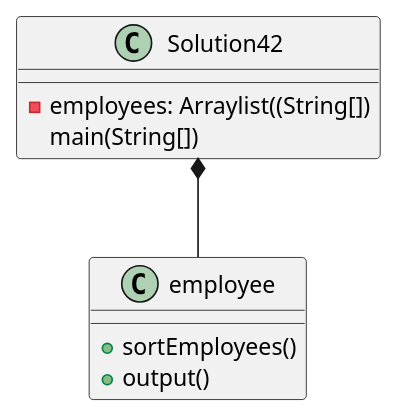
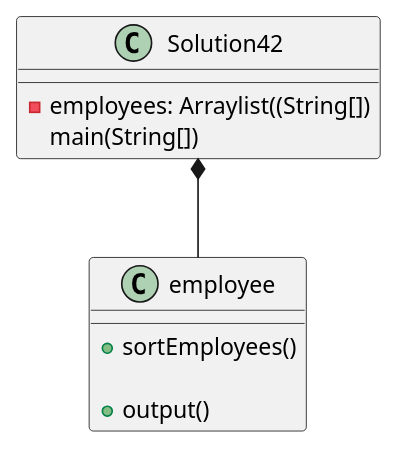
One commit to cachemoney-3000/samontanez-a04 changed the diagram in exercise42/docs/Solution42_ClassDiagram.puml. Above: the diagram before and after it, drawn with PlantUML. The commit also changed 11 other files, not shown here.

```diff
--- a/exercise42/docs/Solution42_ClassDiagram.puml
+++ b/exercise42/docs/Solution42_ClassDiagram.puml
@@ -1,15 +1,35 @@
 @startuml
 class Solution42 {
     'attributes
     -employees: Arraylist((String[])
     main(String[])
+        'Solution42 sol42 = new Solution42();
+        'employee name = new employee();
+
+        'scanner to scan the file
+        'store the scanned names to the list:
+        'name.sortEmployees(input, sol42.employee)
+
+        'display the output
+        'name.output(sol42.employee)
 }
 
 class employee {
     'behaviors
     +sortEmployees()
+        'if the input is null, print "file is empty"
+        'else:
+            'scan all the lines from the file
+
     +output()
+        'String builder object
+        'try:
+            'printing the header and names to the file
+            'also store the printed data to the string builder
+        'catch all the exceptions
+
+        'return the string builder 
 }
 
 Solution42 *-- employee
 @enduml
```
